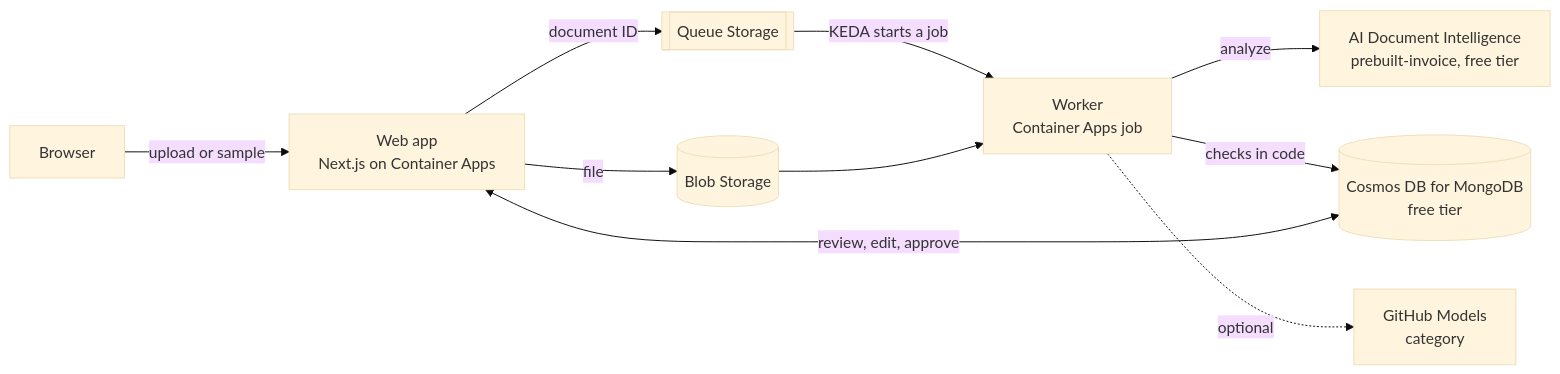
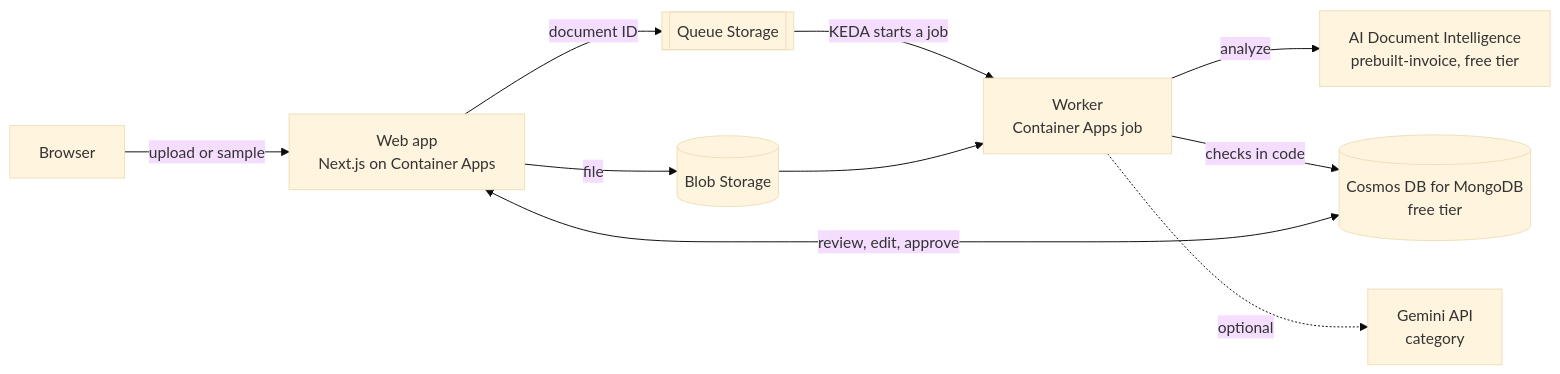
One commit to Zebbb01/ledgerlens changed the diagram in README.md. Above: the diagram before and after it, drawn with Mermaid (base theme). The commit also changed other lines of this file and 5 other files, not shown here.

````diff
--- a/README.md
+++ b/README.md
@@ -37,12 +37,12 @@
 ```mermaid
 flowchart LR
   B[Browser] -->|upload or sample| W[Web app<br/>Next.js on Container Apps]
   W -->|file| S[(Blob Storage)]
   W -->|document ID| Q[[Queue Storage]]
   Q -->|KEDA starts a job| J[Worker<br/>Container Apps job]
   S --> J
   J -->|analyze| D[AI Document Intelligence<br/>prebuilt-invoice, free tier]
   J -->|checks in code| C[(Cosmos DB for MongoDB<br/>free tier)]
   W <-->|review, edit, approve| C
-  J -.->|optional| M[GitHub Models<br/>category]
+  J -.->|optional| M[Gemini API<br/>category]
 ```
````
